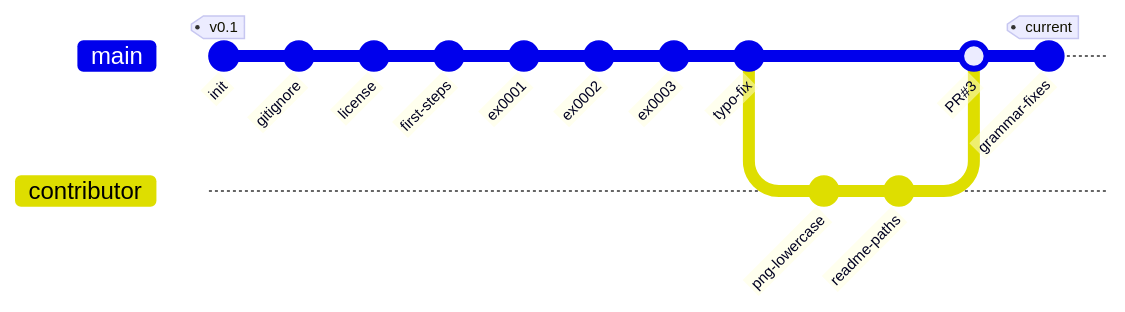
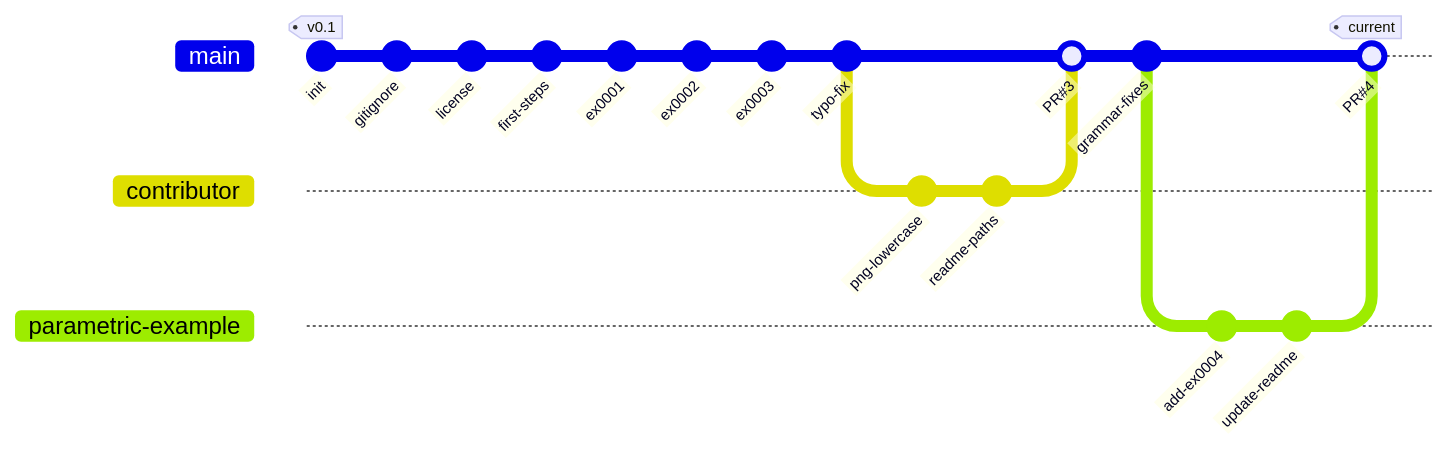
Before and after one commit to Foadsf/NXOpen_Python_tutorials: the diagram in README.md, drawn with Mermaid. The commit also changed other lines of this file, not shown here.

````diff
--- a/README.md
+++ b/README.md
@@ -172,18 +232,24 @@
 ```mermaid
 gitGraph
    commit id: "init" tag: "v0.1"
    commit id: "gitignore"
    commit id: "license"
    commit id: "first-steps"
    commit id: "ex0001"
    commit id: "ex0002"
    commit id: "ex0003"
    commit id: "typo-fix"
    branch contributor
    checkout contributor
    commit id: "png-lowercase"
    commit id: "readme-paths"
    checkout main
    merge contributor id: "PR#3"
-   commit id: "grammar-fixes" tag: "current"
+   commit id: "grammar-fixes"
+   branch parametric-example
+   checkout parametric-example
+   commit id: "add-ex0004"
+   commit id: "update-readme"
+   checkout main
+   merge parametric-example id: "PR#4" tag: "current"
 ```
````
